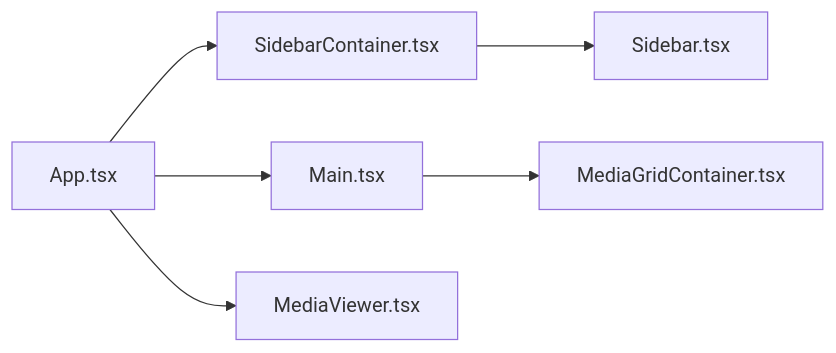
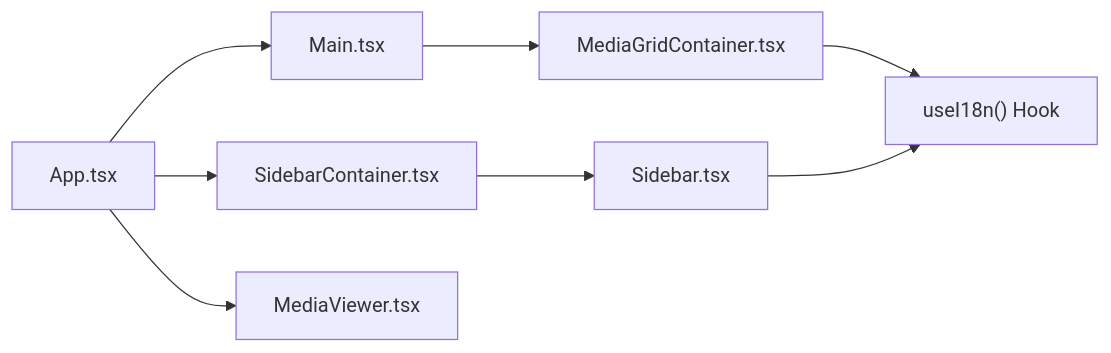
Before and after one commit to YLee9527/Medex: the fourth of 13 diagrams in doc/repowiki/zh/content/架构设计/架构设计.md, drawn with Mermaid. The commit also changed other lines of this file and 31 other files, not shown here.

First line of the commit message:
docs(doc): 添加部署脚本、锁屏功能、发布指南及设置按钮图标文档

````diff
--- a/doc/repowiki/zh/content/架构设计/架构设计.md
+++ b/doc/repowiki/zh/content/架构设计/架构设计.md
@@ -190,8 +208,10 @@
 ```mermaid
 graph LR
 S["SidebarContainer.tsx"] --> SB["Sidebar.tsx"]
 M["Main.tsx"] --> MG["MediaGridContainer.tsx"]
 APP["App.tsx"] --> S
 APP --> M
 APP --> V["MediaViewer.tsx"]
+MG --> I18n["useI18n() Hook"]
+SB --> I18n
 ```
````
